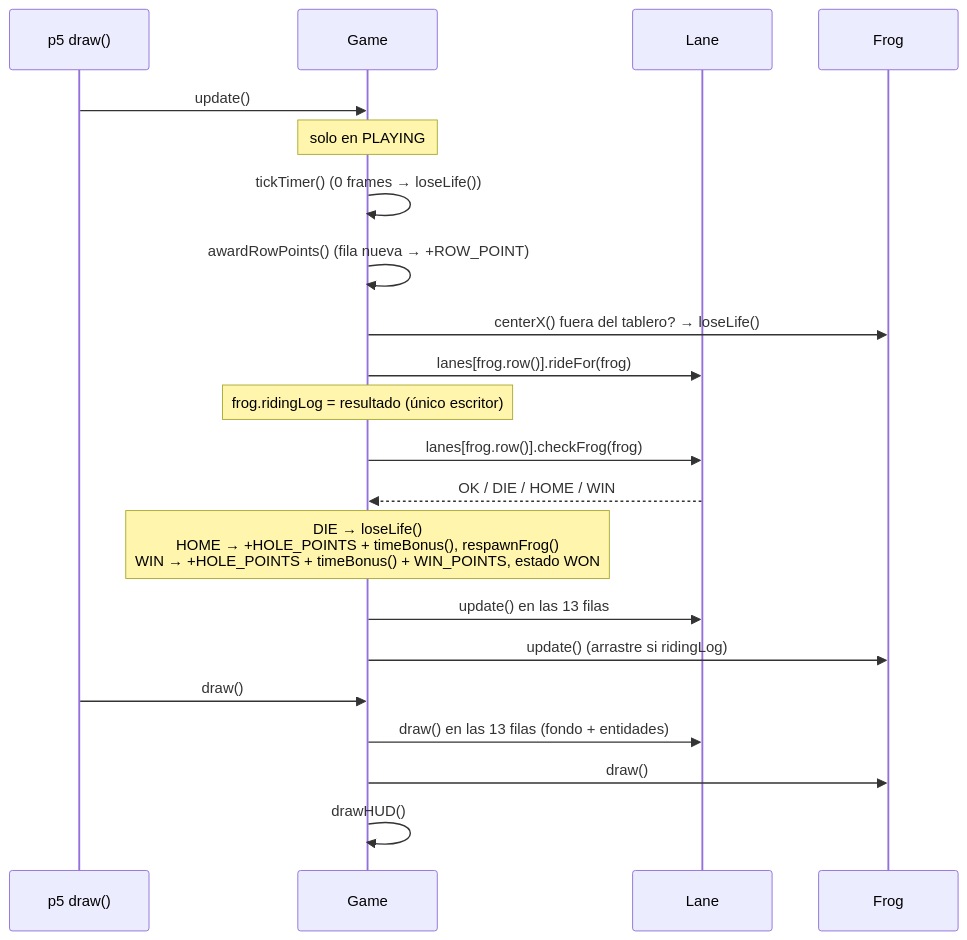
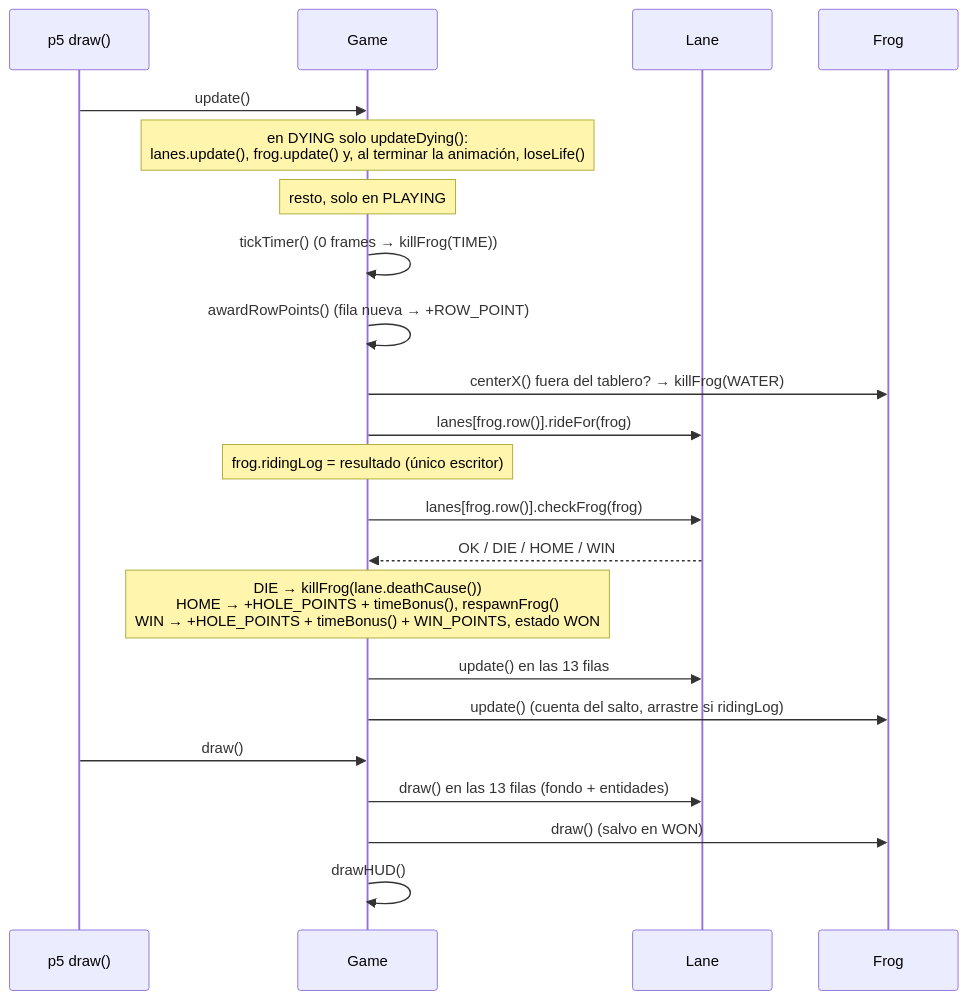
The third of 3 diagrams in docs/ARQUITECTURA.md (ShryhakAkizuki/Frogger-Visual_Computing_2026-II), drawn with Mermaid before and after one commit. The commit also changed other lines of this file and 10 other files, not shown here.

````diff
--- a/docs/ARQUITECTURA.md
+++ b/docs/ARQUITECTURA.md
@@ -251,25 +278,26 @@
 ```mermaid
 sequenceDiagram
     participant P5 as p5 draw()
     participant G as Game
     participant L as Lane
     participant F as Frog
 
     P5->>G: update()
-    Note over G: solo en PLAYING
-    G->>G: tickTimer() (0 frames → loseLife())
+    Note over G: en DYING solo updateDying():<br/>lanes.update(), frog.update() y, al terminar la animación, loseLife()
+    Note over G: resto, solo en PLAYING
+    G->>G: tickTimer() (0 frames → killFrog(TIME))
     G->>G: awardRowPoints() (fila nueva → +ROW_POINT)
-    G->>F: centerX() fuera del tablero? → loseLife()
+    G->>F: centerX() fuera del tablero? → killFrog(WATER)
     G->>L: lanes[frog.row()].rideFor(frog)
     Note over G: frog.ridingLog = resultado (único escritor)
     G->>L: lanes[frog.row()].checkFrog(frog)
     L-->>G: OK / DIE / HOME / WIN
-    Note over G: DIE → loseLife()<br/>HOME → +HOLE_POINTS + timeBonus(), respawnFrog()<br/>WIN → +HOLE_POINTS + timeBonus() + WIN_POINTS, estado WON
+    Note over G: DIE → killFrog(lane.deathCause())<br/>HOME → +HOLE_POINTS + timeBonus(), respawnFrog()<br/>WIN → +HOLE_POINTS + timeBonus() + WIN_POINTS, estado WON
     G->>L: update() en las 13 filas
-    G->>F: update() (arrastre si ridingLog)
+    G->>F: update() (cuenta del salto, arrastre si ridingLog)
 
     P5->>G: draw()
     G->>L: draw() en las 13 filas (fondo + entidades)
-    G->>F: draw()
+    G->>F: draw() (salvo en WON)
     G->>G: drawHUD()
 ```
````
